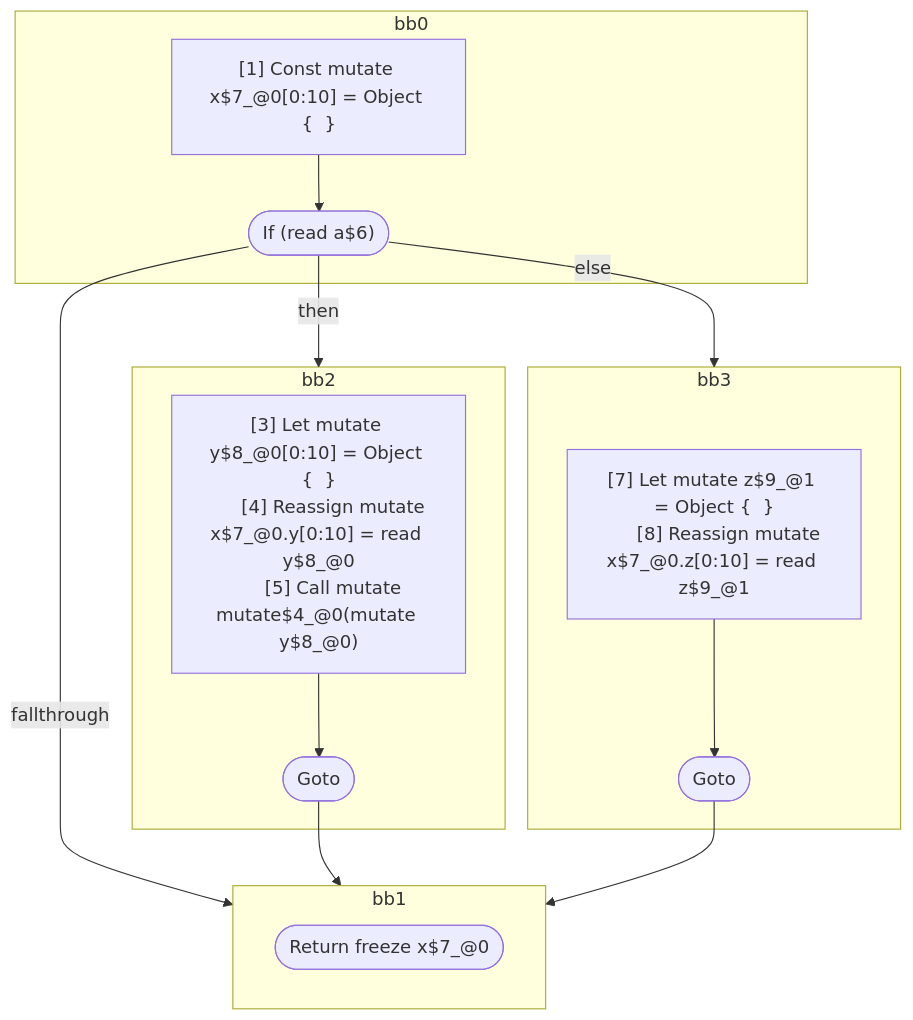
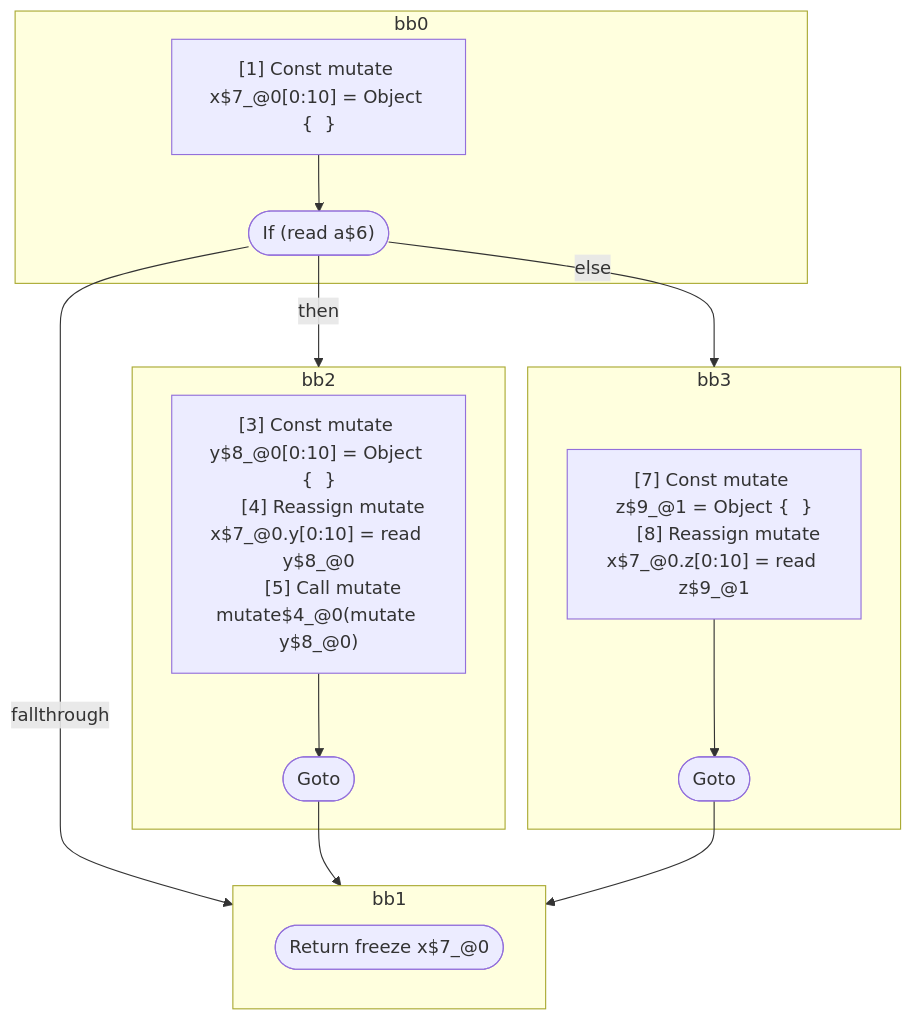
The diagram in compiler/forget/src/__tests__/fixtures/hir/ssa-property-alias-mutate-inside-if.expect.md (wutsmog/private), drawn with Mermaid before and after one commit. The commit also changed other lines of this file and 61 other files, not shown here.

````diff
--- a/compiler/forget/src/__tests__/fixtures/hir/ssa-property-alias-mutate-inside-if.expect.md
+++ b/compiler/forget/src/__tests__/fixtures/hir/ssa-property-alias-mutate-inside-if.expect.md
@@ -46,36 +46,36 @@
 ```mermaid
 flowchart TB
   %% Basic Blocks
   subgraph bb0
     bb0_instrs["
       [1] Const mutate x$7_@0[0:10] = Object {  }
     "]
     bb0_instrs --> bb0_terminal(["If (read a$6)"])
   end
   subgraph bb2
     bb2_instrs["
-      [3] Let mutate y$8_@0[0:10] = Object {  }
+      [3] Const mutate y$8_@0[0:10] = Object {  }
       [4] Reassign mutate x$7_@0.y[0:10] = read y$8_@0
       [5] Call mutate mutate$4_@0(mutate y$8_@0)
     "]
     bb2_instrs --> bb2_terminal(["Goto"])
   end
   subgraph bb3
     bb3_instrs["
-      [7] Let mutate z$9_@1 = Object {  }
+      [7] Const mutate z$9_@1 = Object {  }
       [8] Reassign mutate x$7_@0.z[0:10] = read z$9_@1
     "]
     bb3_instrs --> bb3_terminal(["Goto"])
   end
   subgraph bb1
     bb1_terminal(["Return freeze x$7_@0"])
   end
 
   %% Jumps
   bb0_terminal -- "then" --> bb2
   bb0_terminal -- "else" --> bb3
   bb0_terminal -- "fallthrough" --> bb1
   bb2_terminal --> bb1
   bb3_terminal --> bb1
 
 ```
````
